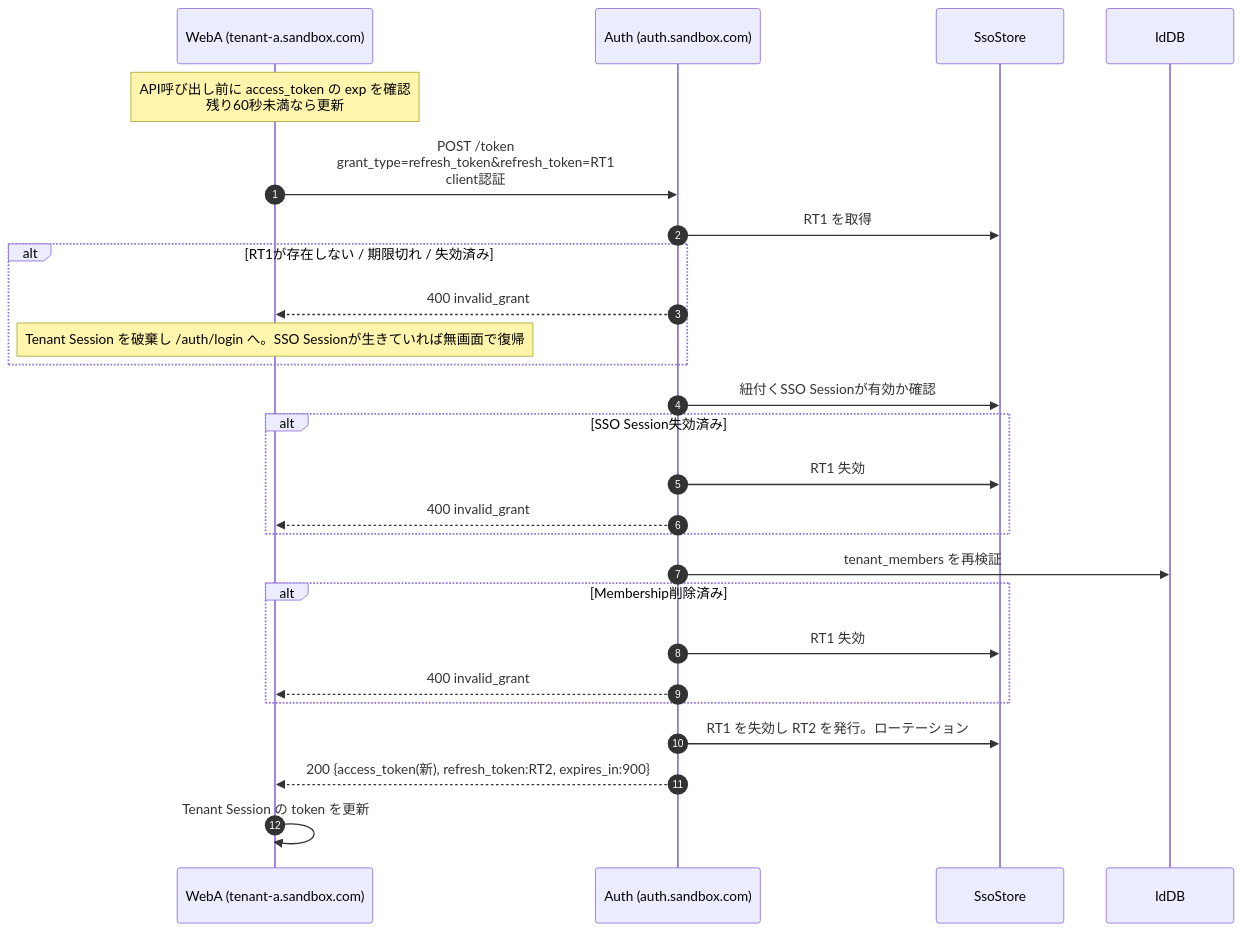
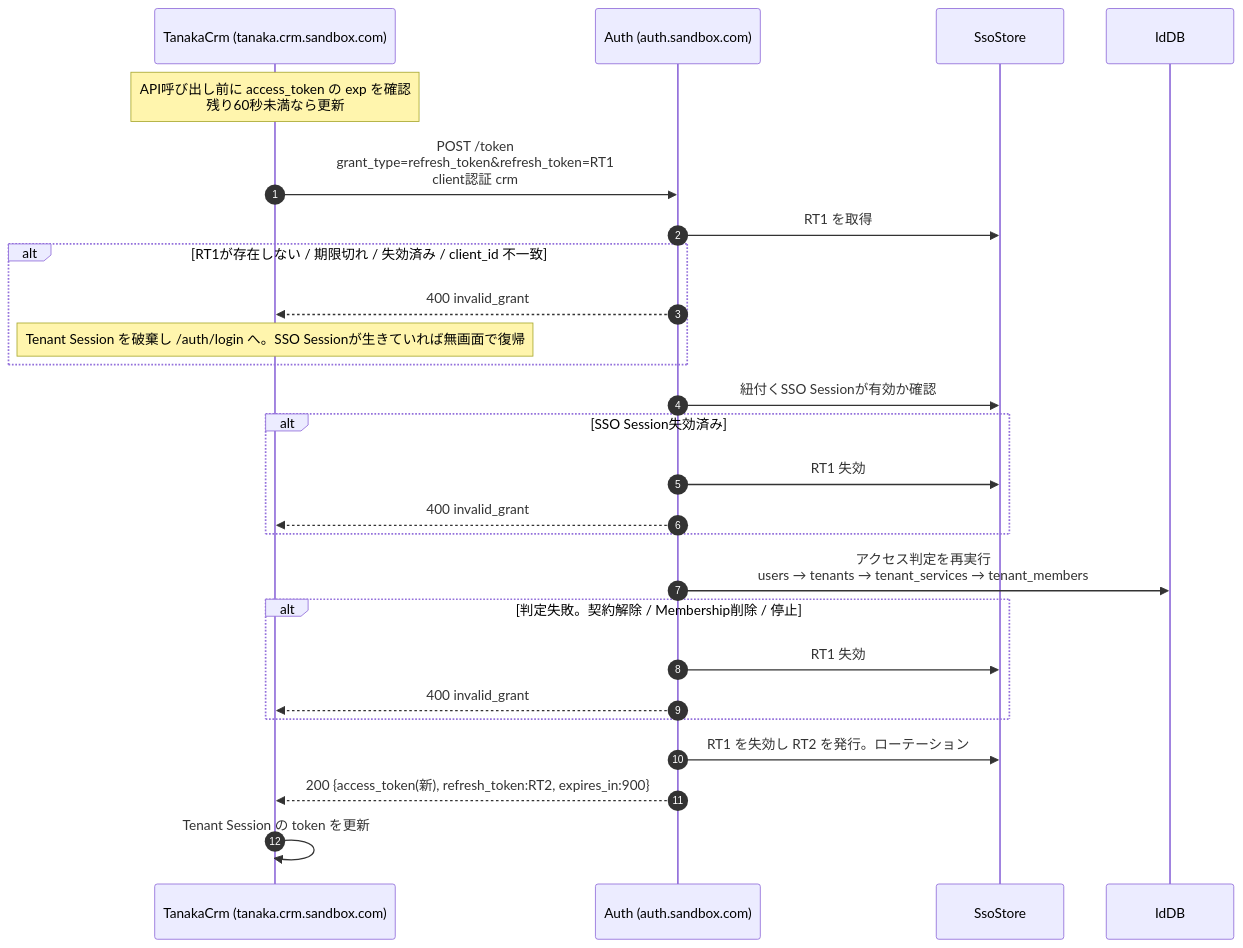
Before and after one commit to daisuke-tanabe/multi-domain-sandbox: the seventh of 15 diagrams in docs/design/02-auth-sequences.md, drawn with Mermaid. The commit also changed other lines of this file and 62 other files, not shown here.

````diff
--- a/docs/design/02-auth-sequences.md
+++ b/docs/design/02-auth-sequences.md
@@ -198,29 +275,29 @@
 ```mermaid
 sequenceDiagram
     autonumber
-    participant WebA as WebA (tenant-a.sandbox.com)
+    participant TanakaCrm as TanakaCrm (tanaka.crm.sandbox.com)
     participant Auth as Auth (auth.sandbox.com)
     participant SsoStore
     participant IdDB
 
-    Note over WebA: API呼び出し前に access_token の exp を確認<br/>残り60秒未満なら更新
-    WebA->>Auth: POST /token<br/>grant_type=refresh_token&refresh_token=RT1<br/>client認証
+    Note over TanakaCrm: API呼び出し前に access_token の exp を確認<br/>残り60秒未満なら更新
+    TanakaCrm->>Auth: POST /token<br/>grant_type=refresh_token&refresh_token=RT1<br/>client認証 crm
     Auth->>SsoStore: RT1 を取得
-    alt RT1が存在しない / 期限切れ / 失効済み
-        Auth-->>WebA: 400 invalid_grant
-        Note over WebA: Tenant Session を破棄し /auth/login へ。SSO Sessionが生きていれば無画面で復帰
+    alt RT1が存在しない / 期限切れ / 失効済み / client_id 不一致
+        Auth-->>TanakaCrm: 400 invalid_grant
+        Note over TanakaCrm: Tenant Session を破棄し /auth/login へ。SSO Sessionが生きていれば無画面で復帰
     end
     Auth->>SsoStore: 紐付くSSO Sessionが有効か確認
     alt SSO Session失効済み
         Auth->>SsoStore: RT1 失効
-        Auth-->>WebA: 400 invalid_grant
+        Auth-->>TanakaCrm: 400 invalid_grant
     end
-    Auth->>IdDB: tenant_members を再検証
-    alt Membership削除済み
+    Auth->>IdDB: アクセス判定を再実行<br/>users → tenants → tenant_services → tenant_members
+    alt 判定失敗。契約解除 / Membership削除 / 停止
         Auth->>SsoStore: RT1 失効
-        Auth-->>WebA: 400 invalid_grant
+        Auth-->>TanakaCrm: 400 invalid_grant
     end
     Auth->>SsoStore: RT1 を失効し RT2 を発行。ローテーション
-    Auth-->>WebA: 200 {access_token(新), refresh_token:RT2, expires_in:900}
-    WebA->>WebA: Tenant Session の token を更新
+    Auth-->>TanakaCrm: 200 {access_token(新), refresh_token:RT2, expires_in:900}
+    TanakaCrm->>TanakaCrm: Tenant Session の token を更新
 ```
````
